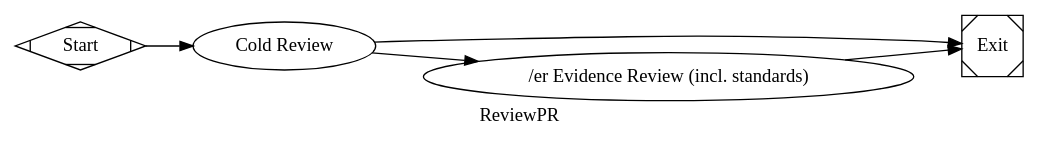
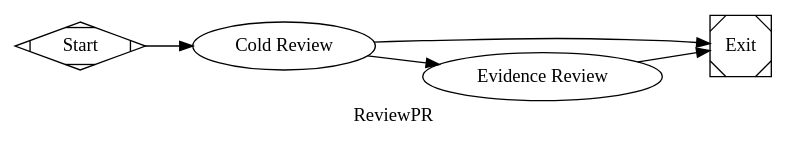
One commit to jleechanorg/dark-factory changed the diagram in pipelines/slim/review_pr.dot. Above: the diagram before and after it, drawn with Graphviz. The commit also changed 1 other file, not shown here.

Commit message:
fix(review_pr): replace unreliable gate_er slash cmd with codergen evidence node
The /er slash command in --print mode is non-deterministic: sometimes
produces full verdict (700+ chars), sometimes only git header (190 chars).
Root cause: Claude's skill invocation path in subprocess mode is unreliable.

Replace gate_er with a codergen node using an explicit evidence_review.md
prompt. Codergen nodes are reliable (direct prompt, no slash command invocation)
and the review.md prompt already established this pattern works.

```diff
--- a/pipelines/slim/review_pr.dot
+++ b/pipelines/slim/review_pr.dot
@@ -1,25 +1,30 @@
 digraph ReviewPR {
     graph [
         goal="PR review: cold review + evidence gates (no holdout — holdouts test feature scenarios not PR diffs)."
         label="ReviewPR"
         rankdir=LR
     ]
 
     start  [shape=Mdiamond, label="Start"]
     exit   [shape=Msquare,  label="Exit"]
 
     review  [
         type="codergen",
         label="Cold Review",
         class="review",
         prompt="@prompts/slim/review.md",
         goal_gate=true
     ]
-    gate_er [type="gate_er",  label="/er Evidence Review (incl. standards)"]
+    evidence [
+        type="codergen",
+        label="Evidence Review",
+        class="review",
+        prompt="@prompts/slim/evidence_review.md"
+    ]
 
-    start   -> review
-    review  -> gate_er  [condition="outcome=success"]
-    review  -> exit     [condition="outcome!=success"]
+    start    -> review
+    review   -> evidence  [condition="outcome=success"]
+    review   -> exit      [condition="outcome!=success"]
 
-    gate_er -> exit
+    evidence -> exit
 }
```
